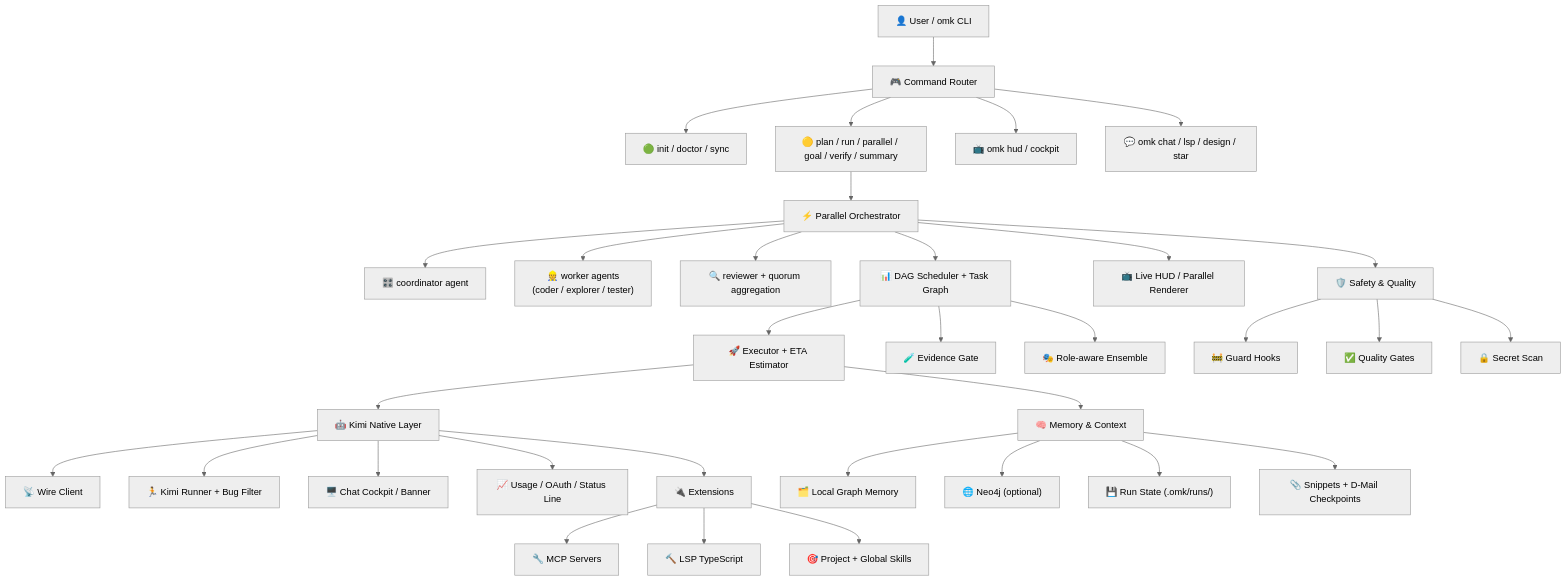
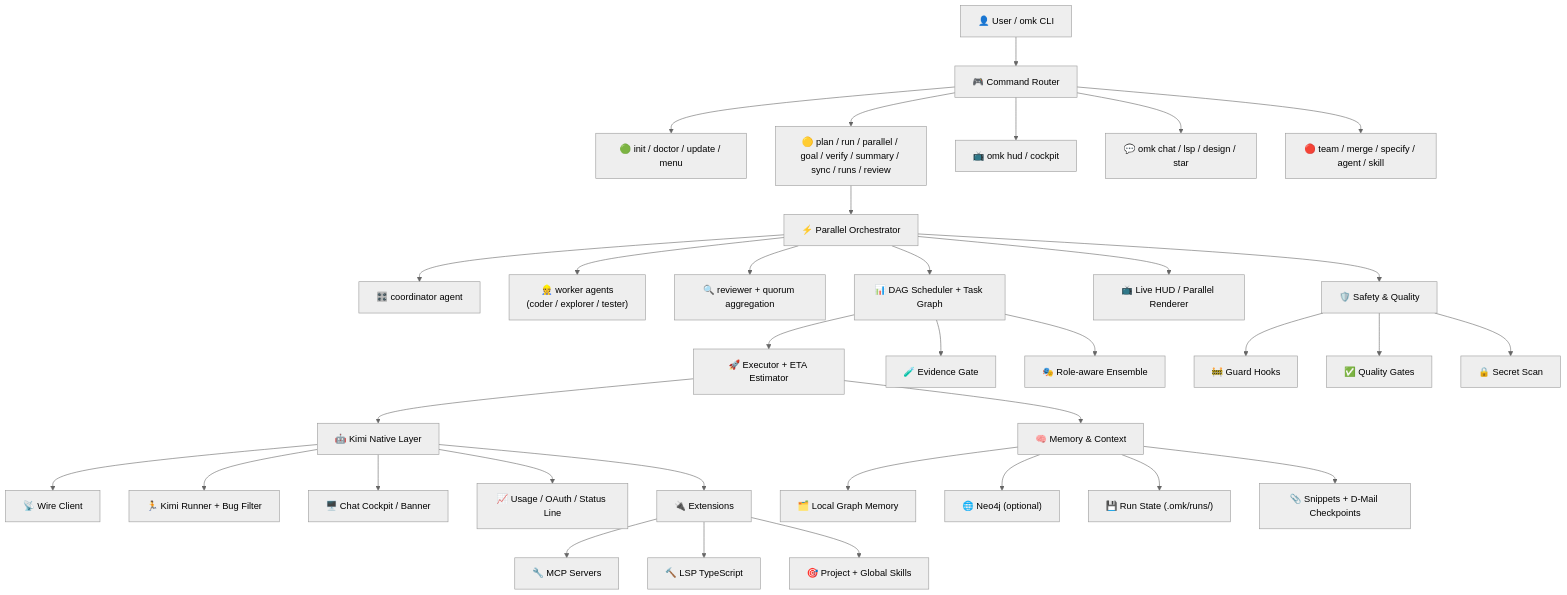
The second of 4 diagrams in README.md (dmae97/oh-my-kimichan), drawn with Mermaid (neutral theme) before and after one commit. The commit also changed other lines of this file and 95 other files, not shown here.

Commit message:
release: v1.1.0 — rebrand, SEO, architecture alignment, test hardening

````diff
--- a/README.md
+++ b/README.md
@@ -620,43 +681,44 @@
 ```mermaid
 graph TD
     User["👤 User / omk CLI"] --> Router["🎮 Command Router"]
 
-    Router --> Stable["🟢 init / doctor / sync"]
-    Router --> Alpha["🟡 plan / run / parallel / goal / verify / summary"]
+    Router --> Stable["🟢 init / doctor / update / menu"]
+    Router --> Alpha["🟡 plan / run / parallel / goal / verify / summary / sync / runs / review"]
     Router --> Hud["📺 omk hud / cockpit"]
     Router --> Chat["💬 omk chat / lsp / design / star"]
+    Router --> Experimental["🔴 team / merge / specify / agent / skill"]
 
     Alpha --> Orchestrator["⚡ Parallel Orchestrator"]
     Orchestrator --> Coordinator["🎛️ coordinator agent"]
     Orchestrator --> Workers["👷 worker agents\n(coder / explorer / tester)"]
     Orchestrator --> Reviewer["🔍 reviewer + quorum aggregation"]
 
     Orchestrator --> DAG["📊 DAG Scheduler + Task Graph"]
     DAG --> Executor["🚀 Executor + ETA Estimator"]
     DAG --> Evidence["🧪 Evidence Gate"]
     DAG --> Ensemble["🎭 Role-aware Ensemble"]
 
     Executor --> KimiLayer["🤖 Kimi Native Layer"]
     KimiLayer --> Wire["📡 Wire Client"]
     KimiLayer --> Runner["🏃 Kimi Runner + Bug Filter"]
     KimiLayer --> Cockpit["🖥️ Chat Cockpit / Banner"]
     KimiLayer --> StatusLine["📈 Usage / OAuth / Status Line"]
 
     Executor --> Memory["🧠 Memory & Context"]
     Memory --> LocalGraph["🗂️ Local Graph Memory"]
     Memory --> Neo4j["🌐 Neo4j (optional)"]
     Memory --> State["💾 Run State (.omk/runs/)"]
     Memory --> Snippets["📎 Snippets + D-Mail Checkpoints"]
 
     Orchestrator --> LiveUI["📺 Live HUD / Parallel Renderer"]
 
     KimiLayer --> Extensions["🔌 Extensions"]
     Extensions --> MCP["🔧 MCP Servers"]
     Extensions --> LSP["🔨 LSP TypeScript"]
     Extensions --> Skills["🎯 Project + Global Skills"]
 
     Orchestrator --> Safety["🛡️ Safety & Quality"]
     Safety --> Guard["🚧 Guard Hooks"]
     Safety --> QG["✅ Quality Gates"]
     Safety --> Secret["🔒 Secret Scan"]
 ```
````
